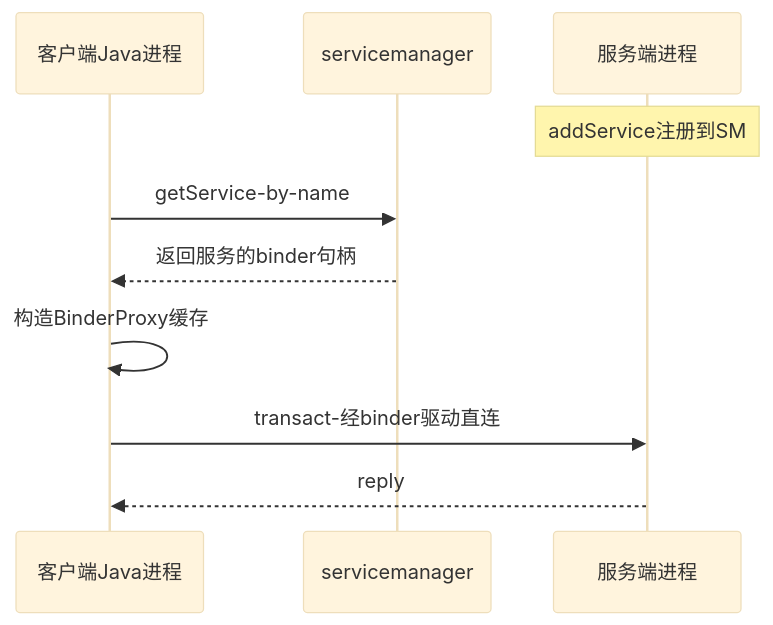
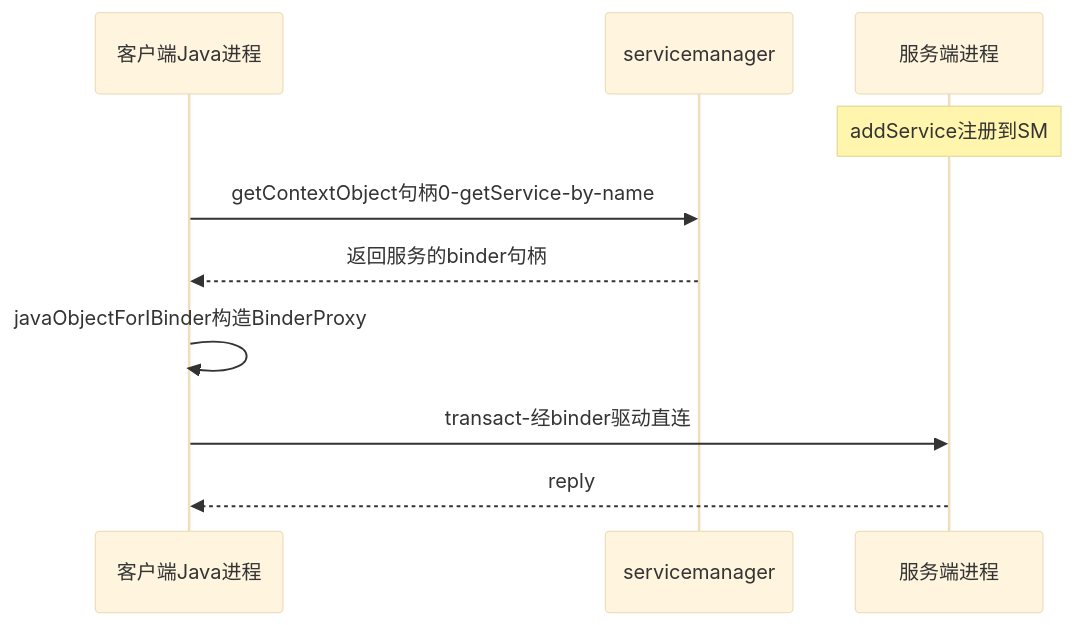
The fifth of 6 diagrams in Android/深入理解Android卷II/01-深入理解JavaBinder和MessageQueue.md (coswit/coswit.github.io), drawn with Mermaid (base theme) before and after one commit. The commit also changed other lines of this file and 7 other files, not shown here.

````diff
--- a/Android/深入理解Android卷II/01-深入理解JavaBinder和MessageQueue.md
+++ b/Android/深入理解Android卷II/01-深入理解JavaBinder和MessageQueue.md
@@ -130,12 +512,12 @@
 ```mermaid
 sequenceDiagram
     participant C as 客户端Java进程
     participant SM as servicemanager
     participant S as 服务端进程
     Note over S: addService注册到SM
-    C->>SM: getService-by-name
+    C->>SM: getContextObject句柄0-getService-by-name
     SM-->>C: 返回服务的binder句柄
-    C->>C: 构造BinderProxy缓存
+    C->>C: javaObjectForIBinder构造BinderProxy
     C->>S: transact-经binder驱动直连
     S-->>C: reply
 ```
````
